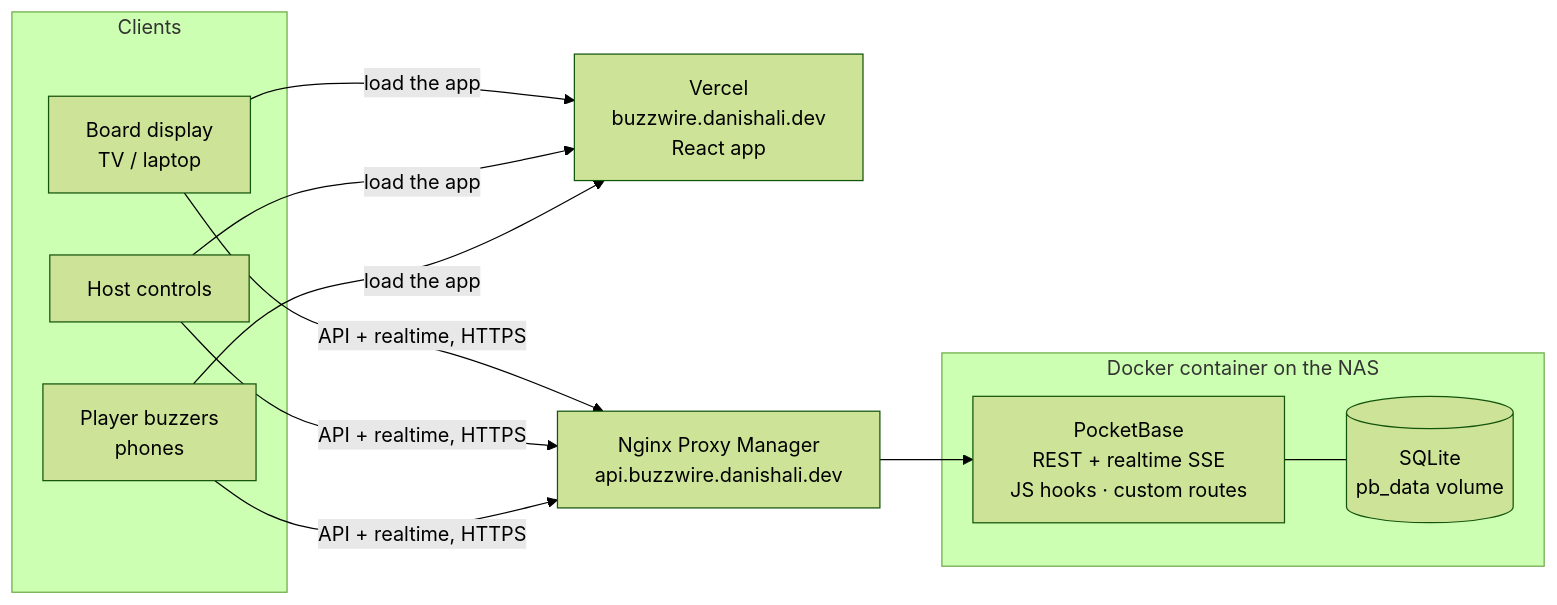
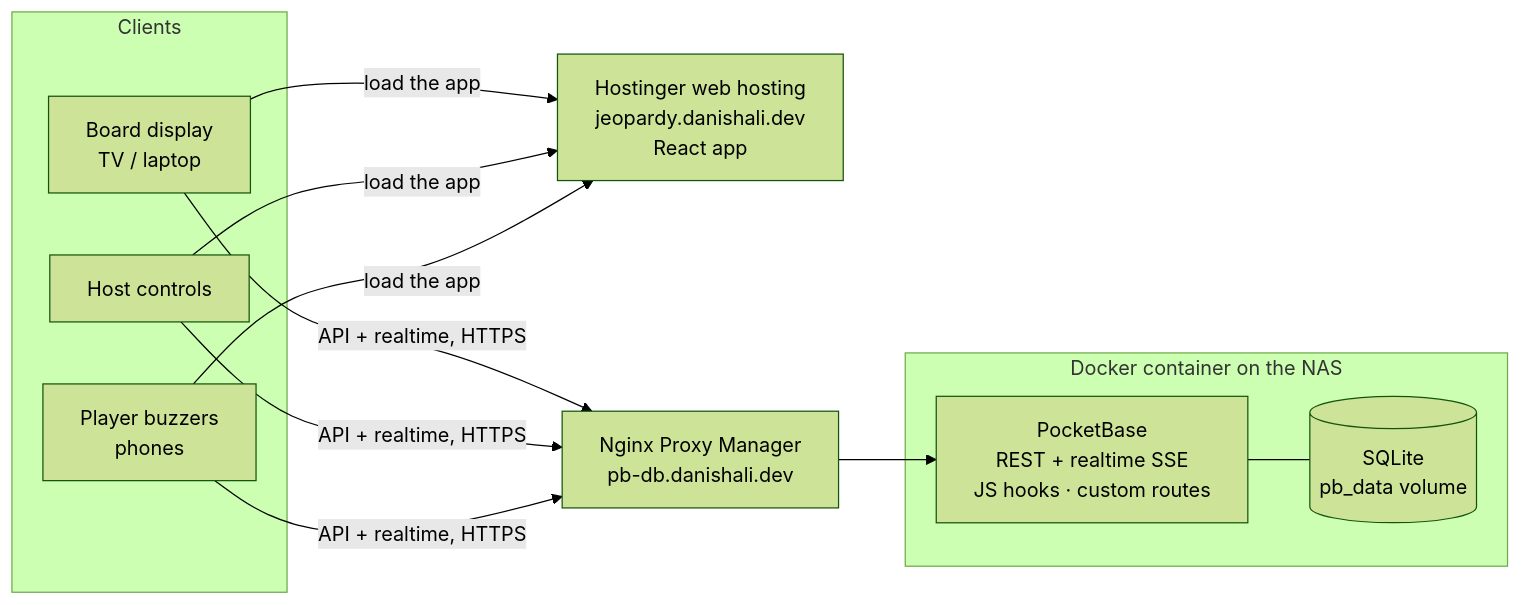
Before and after one commit to Danish12196/jeopardy: the diagram in README.md, drawn with Mermaid (forest theme). The commit also changed other lines of this file and 8 other files, not shown here.

````diff
--- a/README.md
+++ b/README.md
@@ -11,16 +11,16 @@
 ```mermaid
 flowchart LR
   subgraph Clients
     TV[Board display<br/>TV / laptop]
     Host[Host controls]
     Phones[Player buzzers<br/>phones]
   end
-  Vercel[Vercel<br/>buzzwire.danishali.dev<br/>React app]
-  NPM[Nginx Proxy Manager<br/>api.buzzwire.danishali.dev]
+  Hostinger[Hostinger web hosting<br/>jeopardy.danishali.dev<br/>React app]
+  NPM[Nginx Proxy Manager<br/>pb-db.danishali.dev]
   subgraph NAS[Docker container on the NAS]
     PB[PocketBase<br/>REST + realtime SSE<br/>JS hooks · custom routes]
     DB[(SQLite<br/>pb_data volume)]
   end
-  TV & Host & Phones -->|load the app| Vercel
+  TV & Host & Phones -->|load the app| Hostinger
   TV & Host & Phones -->|API + realtime, HTTPS| NPM --> PB --- DB
 ```
````
